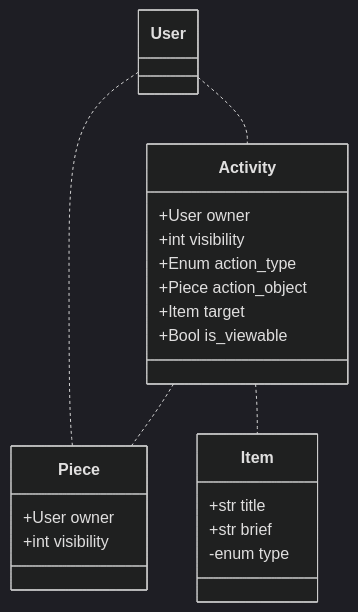
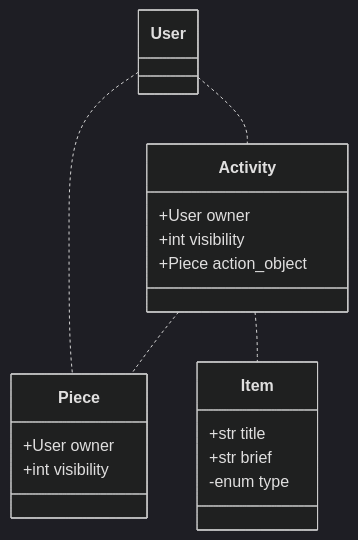
The diagram in doc/social.md (doubaniux/boofilsic), drawn with Mermaid (dark theme) before and after one commit. The commit also changed other lines of this file and 4 other files, not shown here.

Commit message:
new data model: collection mark; local timeline

````diff
--- a/doc/social.md
+++ b/doc/social.md
@@ -6,25 +6,22 @@
 ```mermaid
 classDiagram
 User .. Piece
 
 class Piece {
     +User owner
     +int visibility
 }
 User .. Activity
 class Activity {
     +User owner
     +int visibility
-    +Enum action_type
     +Piece action_object
-    +Item target
-    +Bool is_viewable
 }
 Activity .. Piece
 Activity .. Item
 class Item {
     +str title
     +str brief
     -enum type
 }
 ```
````
